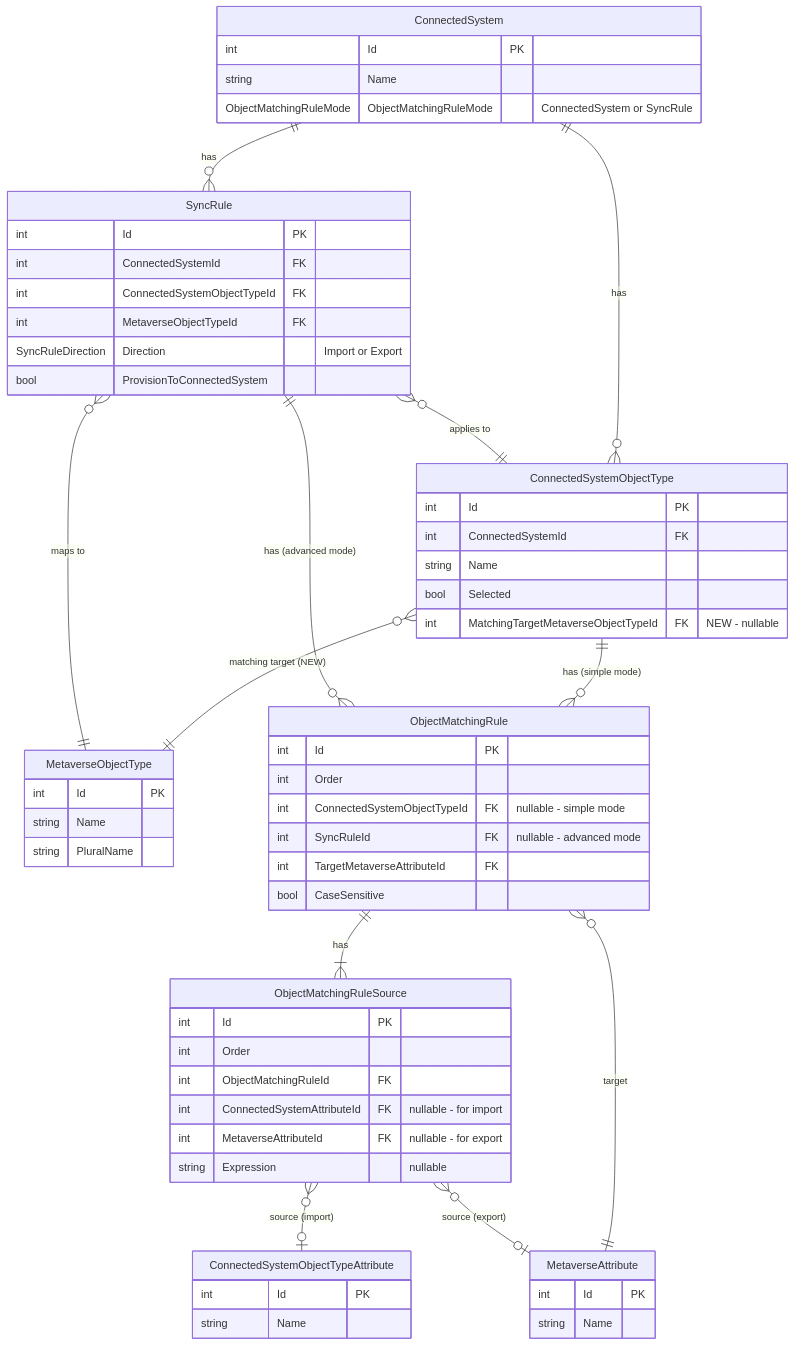
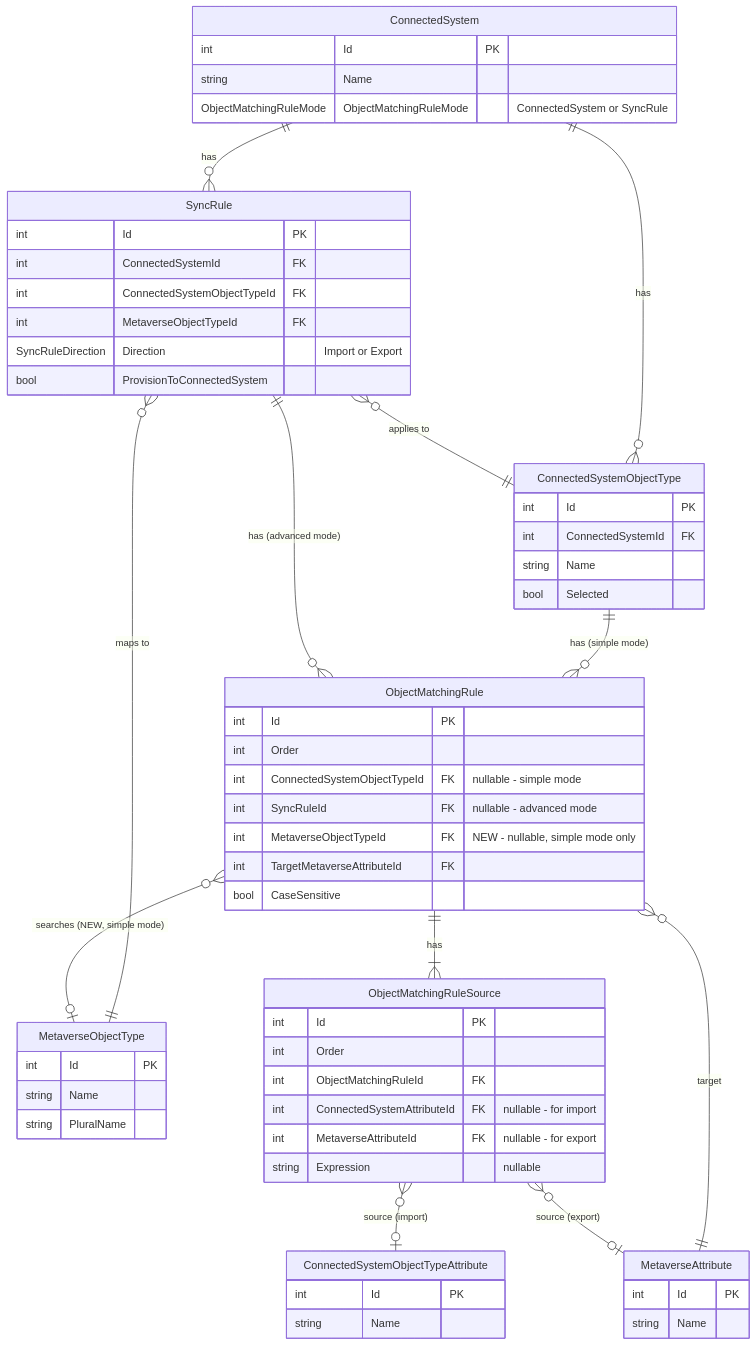
One commit to TetronIO/JIM changed the diagram in docs/plans/SIMPLE_MODE_OBJECT_MATCHING_IMPORT_AND_EXPORT.md. Above: the diagram before and after it, drawn with Mermaid. The commit also changed other lines of this file, not shown here.

First line of the commit message:
docs: Redesign simple mode matching plan with self-contained rules

````diff
--- a/docs/plans/SIMPLE_MODE_OBJECT_MATCHING_IMPORT_AND_EXPORT.md
+++ b/docs/plans/SIMPLE_MODE_OBJECT_MATCHING_IMPORT_AND_EXPORT.md
@@ -33,71 +37,71 @@
 ```mermaid
 erDiagram
     ConnectedSystem {
         int Id PK
         string Name
         ObjectMatchingRuleMode ObjectMatchingRuleMode "ConnectedSystem or SyncRule"
     }
 
     ConnectedSystemObjectType {
         int Id PK
         int ConnectedSystemId FK
         string Name
         bool Selected
-        int MatchingTargetMetaverseObjectTypeId FK "NEW - nullable"
     }
 
     MetaverseObjectType {
         int Id PK
         string Name
         string PluralName
     }
 
     SyncRule {
         int Id PK
         int ConnectedSystemId FK
         int ConnectedSystemObjectTypeId FK
         int MetaverseObjectTypeId FK
         SyncRuleDirection Direction "Import or Export"
         bool ProvisionToConnectedSystem
     }
 
     ObjectMatchingRule {
         int Id PK
         int Order
         int ConnectedSystemObjectTypeId FK "nullable - simple mode"
         int SyncRuleId FK "nullable - advanced mode"
+        int MetaverseObjectTypeId FK "NEW - nullable, simple mode only"
         int TargetMetaverseAttributeId FK
         bool CaseSensitive
     }
 
     ObjectMatchingRuleSource {
         int Id PK
         int Order
         int ObjectMatchingRuleId FK
         int ConnectedSystemAttributeId FK "nullable - for import"
         int MetaverseAttributeId FK "nullable - for export"
         string Expression "nullable"
     }
 
     MetaverseAttribute {
         int Id PK
         string Name
     }
 
     ConnectedSystemObjectTypeAttribute {
         int Id PK
         string Name
     }
 
     ConnectedSystem ||--o{ ConnectedSystemObjectType : "has"
     ConnectedSystem ||--o{ SyncRule : "has"
     ConnectedSystemObjectType ||--o{ ObjectMatchingRule : "has (simple mode)"
-    ConnectedSystemObjectType }o--|| MetaverseObjectType : "matching target (NEW)"
     SyncRule ||--o{ ObjectMatchingRule : "has (advanced mode)"
     SyncRule }o--|| ConnectedSystemObjectType : "applies to"
     SyncRule }o--|| MetaverseObjectType : "maps to"
+    ObjectMatchingRule }o--o| MetaverseObjectType : "searches (NEW, simple mode)"
     ObjectMatchingRule ||--|{ ObjectMatchingRuleSource : "has"
     ObjectMatchingRule }o--|| MetaverseAttribute : "target"
     ObjectMatchingRuleSource }o--o| ConnectedSystemObjectTypeAttribute : "source (import)"
     ObjectMatchingRuleSource }o--o| MetaverseAttribute : "source (export)"
 ```
````
